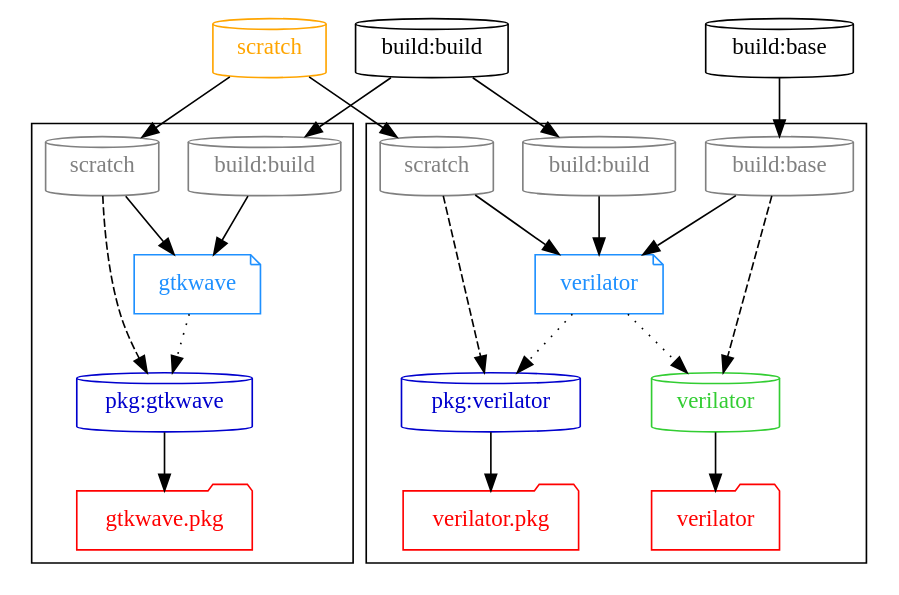
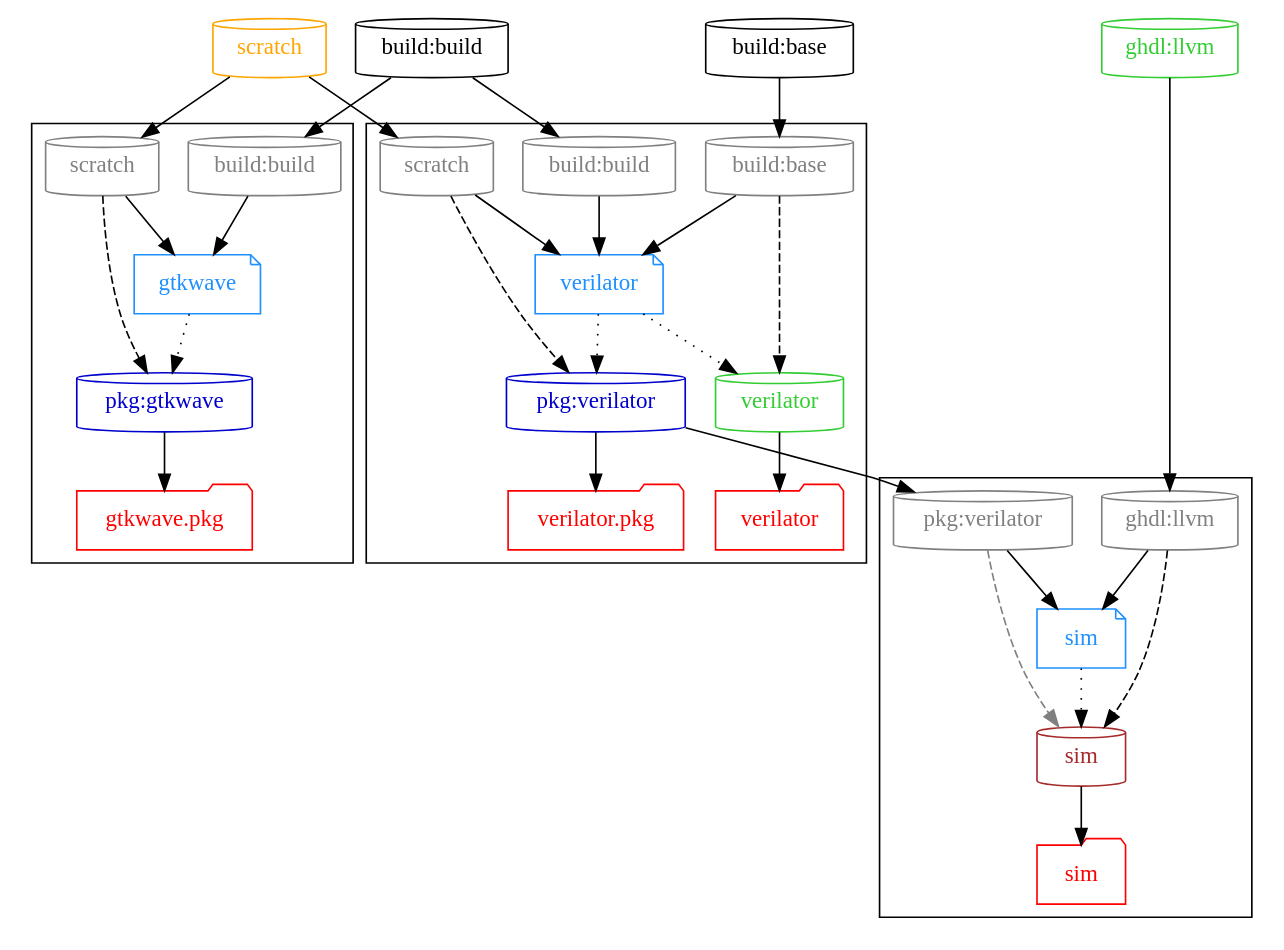
The diagram in graph/sim.dot (hdl/containers), drawn with Graphviz before and after one commit. The commit also changed 9 other files, not shown here.

```diff
--- a/graph/sim.dot
+++ b/graph/sim.dot
@@ -1,117 +1,144 @@
 # Authors:
 #   Unai Martinez-Corral
 #
 # Copyright 2019-2021 Unai Martinez-Corral <unai.martinezcorral@ehu.eus>
 #
 # Licensed under the Apache License, Version 2.0 (the "License");
 # you may not use this file except in compliance with the License.
 # You may obtain a copy of the License at
 #
 #     http://www.apache.org/licenses/LICENSE-2.0
 #
 # Unless required by applicable law or agreed to in writing, software
 # distributed under the License is distributed on an "AS IS" BASIS,
 # WITHOUT WARRANTIES OR CONDITIONS OF ANY KIND, either express or implied.
 # See the License for the specific language governing permissions and
 # limitations under the License.
 #
 # SPDX-License-Identifier: Apache-2.0
 
 digraph G {
 
   #splines=polyline; #curved
   newrank=true;
 
   # Dockerfiles
 
   { node [shape=note, color=dodgerblue, fontcolor=dodgerblue]
     d_gtkwave   [label="gtkwave"];
     d_verilator [label="verilator"];
+    d_sim       [label="sim"];
   }
 
   # Images
 
   { node [shape=cylinder]
     "build:build"
     "build:base"
     { node [color=limegreen, fontcolor=limegreen]
       "verilator"
+      "ghdl:llvm"
     }
     { node [color=mediumblue, fontcolor=mediumblue]
       "pkg:gtkwave"
       "pkg:verilator"
+    }
+    { node [color=brown, fontcolor=brown]
+      "sim"
     }
   }
 
   # External images
 
   { node [shape=cylinder, color=orange, fontcolor=orange]
     "scratch"
   }
 
   { rank=same
     "build:build"
     "build:base"
     "scratch"
+    "ghdl:llvm"
   }
 
   # Workflows
 
   subgraph cluster_gtkwave {
     { rank=same
       node [shape=cylinder, color=grey, fontcolor=grey]
       "p_gtkwave_build:build" [label="build:build"]
       "p_gtkwave_scratch" [label="scratch"]
     }
 
     d_gtkwave -> "pkg:gtkwave" [style=dotted];
 
     "t_pkg:gtkwave" [shape=folder, color=red, fontcolor=red, label="gtkwave.pkg"];
 
     "pkg:gtkwave" -> "t_pkg:gtkwave";
   }
 
   subgraph cluster_verilator {
     { rank=same
       node [shape=cylinder, color=grey, fontcolor=grey]
       "p_verilator_build:build" [label="build:build"]
       "p_verilator_build:base" [label="build:base"]
       "p_verilator_scratch" [label="scratch"]
     }
 
     d_verilator -> {
       "verilator"
       "pkg:verilator"
     } [style=dotted];
 
     {
       node [shape=folder, color=red, fontcolor=red]
       "t_verilator" [label="verilator"];
       "t_pkg:verilator" [label="verilator.pkg"];
     }
 
     "verilator" -> "t_verilator";
     "pkg:verilator" -> "t_pkg:verilator";
   }
 
+  subgraph cluster_sim {
+    { rank=same
+      node [shape=cylinder, color=grey, fontcolor=grey]
+      "p_sim_ghdl:llvm" [label="ghdl:llvm"]
+      "p_sim_pkg:verilator" [label="pkg:verilator"]
+    }
+
+    d_sim -> "sim" [style=dotted];
+
+    "t_sim" [shape=folder, color=red, fontcolor=red, label="sim"];
+
+    "sim" -> "t_sim";
+  }
+
   # Dockerfile dependencies
 
   "build:build" -> "p_gtkwave_build:build" -> d_gtkwave;
   "scratch" -> "p_gtkwave_scratch" -> d_gtkwave;
 
   "build:build" -> "p_verilator_build:build" -> d_verilator;
   "build:base" -> "p_verilator_build:base" -> d_verilator;
   "scratch" -> "p_verilator_scratch" -> d_verilator;
 
+  "ghdl:llvm" -> "p_sim_ghdl:llvm" -> d_sim;
+  "pkg:verilator" -> "p_sim_pkg:verilator" -> d_sim;
+
   # Image dependencies
 
   { edge [style=dashed]
     "p_gtkwave_scratch" -> "pkg:gtkwave";
+
+    "p_verilator_build:base" -> "verilator";
+    "p_verilator_scratch" -> "pkg:verilator";
+
+    "p_sim_ghdl:llvm" -> "sim";
   }
 
-  { edge [style=dashed]
-    "p_verilator_build:base" -> "verilator";
-    "p_verilator_scratch" -> "pkg:verilator";
+  { edge [style=dashed, color=grey]
+    "p_sim_pkg:verilator" -> "sim";
   }
 
 }
```
